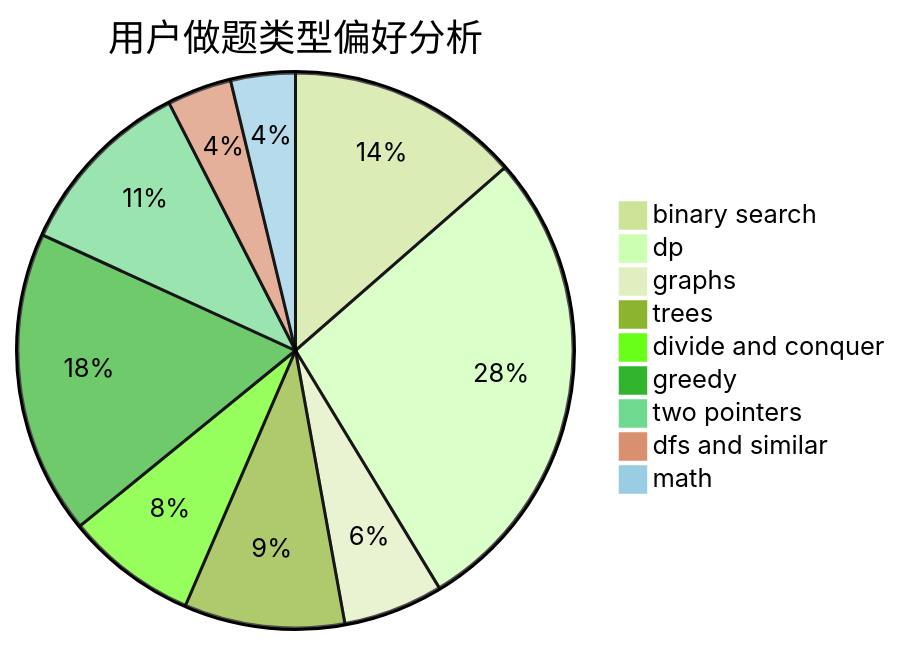
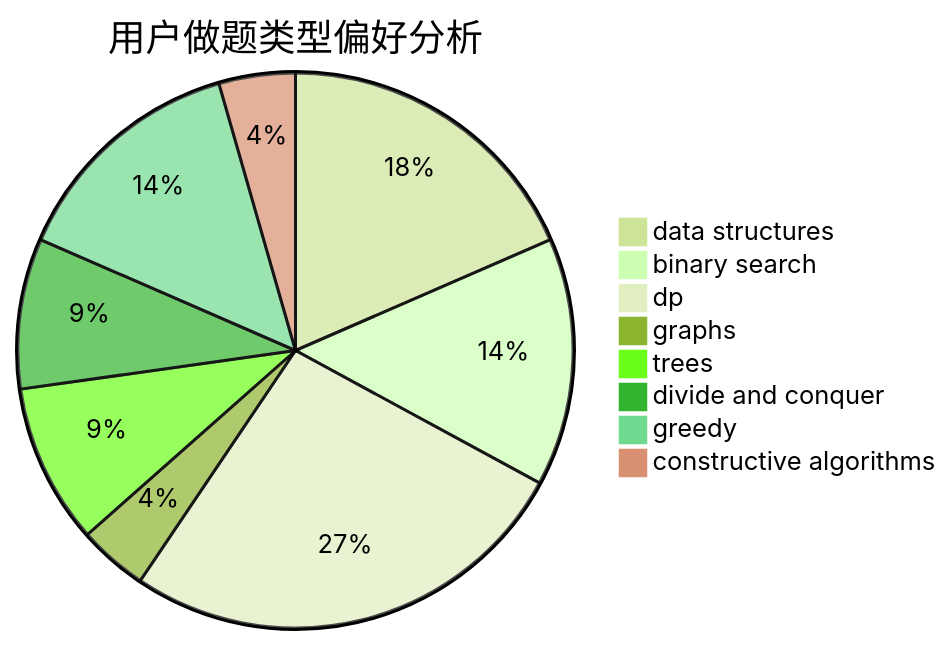
Before and after one commit to sherpahu/cfrs.github.io: the second of 3 diagrams in docs/user/u434.md, drawn with Mermaid (forest theme). The commit also changed other lines of this file and 2775 other files, not shown here.

````diff
--- a/docs/user/u434.md
+++ b/docs/user/u434.md
@@ -23,12 +23,11 @@
 ```mermaid
 pie title 用户做题类型偏好分析
-    "binary search" :  112
-    "dp" :  229
-    "graphs" :  48
-    "trees" :  77
+    "data structures" :  133
+    "binary search" :  104
+    "dp" :  191
+    "graphs" :  29
+    "trees" :  67
     "divide and conquer" :  63
-    "greedy" :  146
-    "two pointers" :  88
-    "dfs and similar" :  31
-    "math" :  31
+    "greedy" :  101
+    "constructive algorithms" :  32
 ```
````
